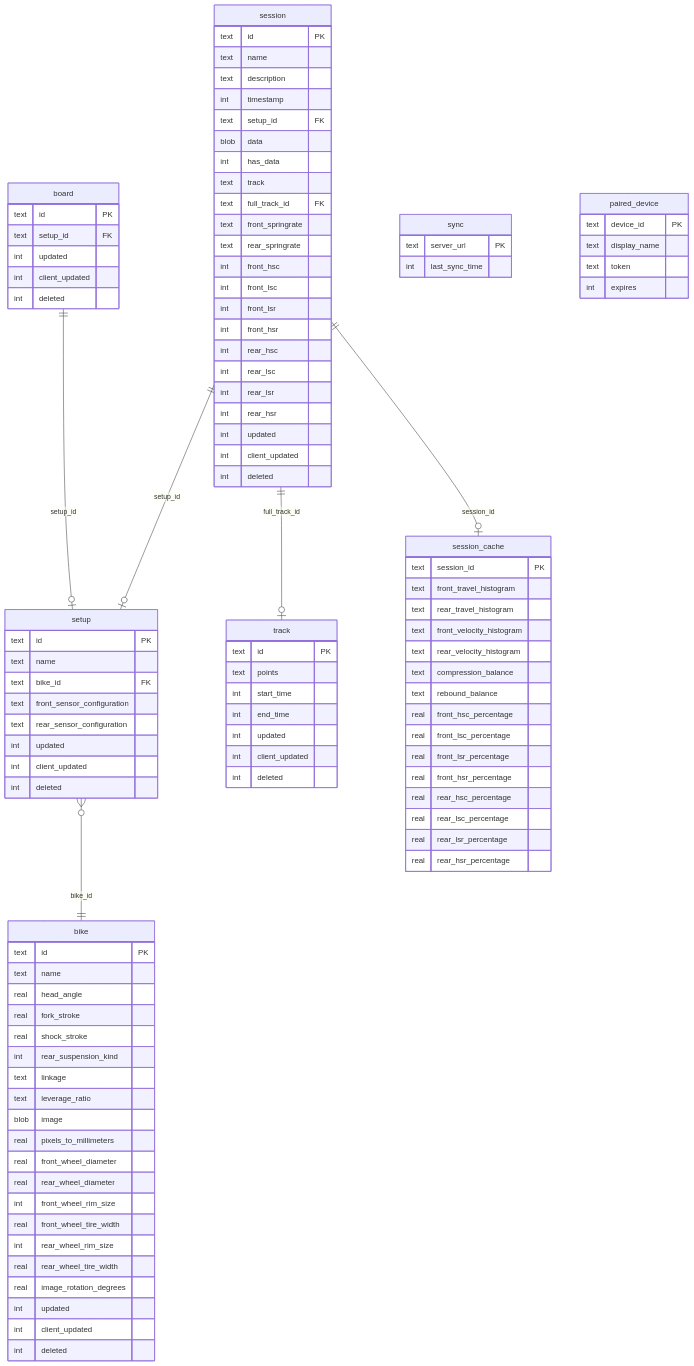
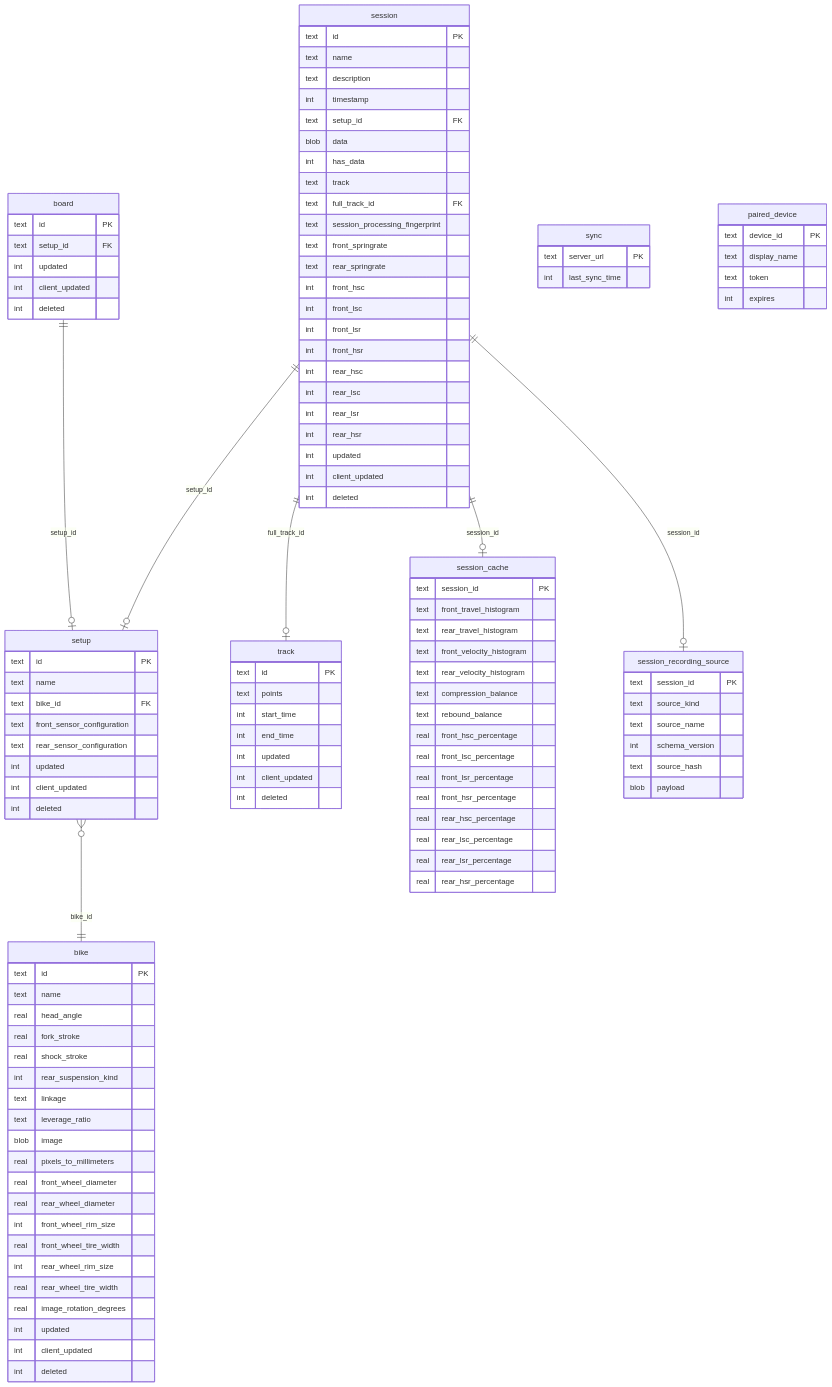
The diagram in docs/architecture/persistence.md (MoridinBG/Sufni.app), drawn with Mermaid before and after one commit. The commit also changed other lines of this file and 10 other files, not shown here.

```diff
--- a/docs/architecture/persistence.md
+++ b/docs/architecture/persistence.md
@@ -9,6 +9,7 @@
     session ||--o| setup : "setup_id"
     session ||--o| track : "full_track_id"
     session ||--o| session_cache : "session_id"
+    session ||--o| session_recording_source : "session_id"
     setup }o--|| bike : "bike_id"
     board ||--o| setup : "setup_id"
 
@@ -22,6 +23,7 @@
         int has_data
         text track
         text full_track_id FK
+        text session_processing_fingerprint
         text front_springrate
         text rear_springrate
         int front_hsc
@@ -35,6 +37,15 @@
         int updated
         int client_updated
         int deleted
+    }
+
+    session_recording_source {
+        text session_id PK
+        text source_kind
+        text source_name
+        int schema_version
+        text source_hash
+        blob payload
     }
 
     bike {
```
